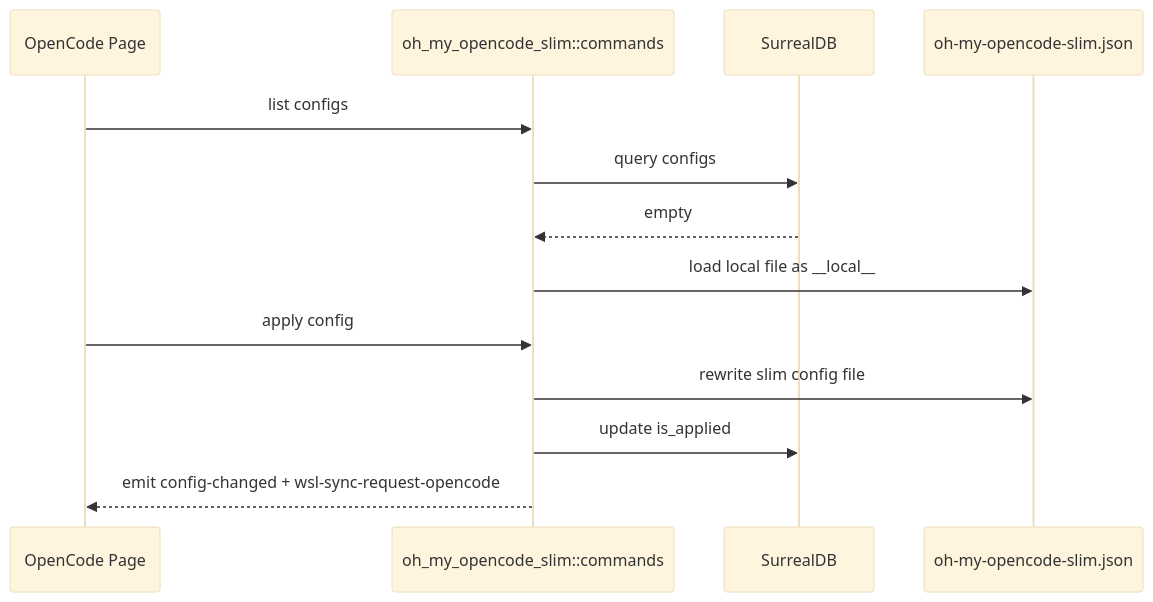
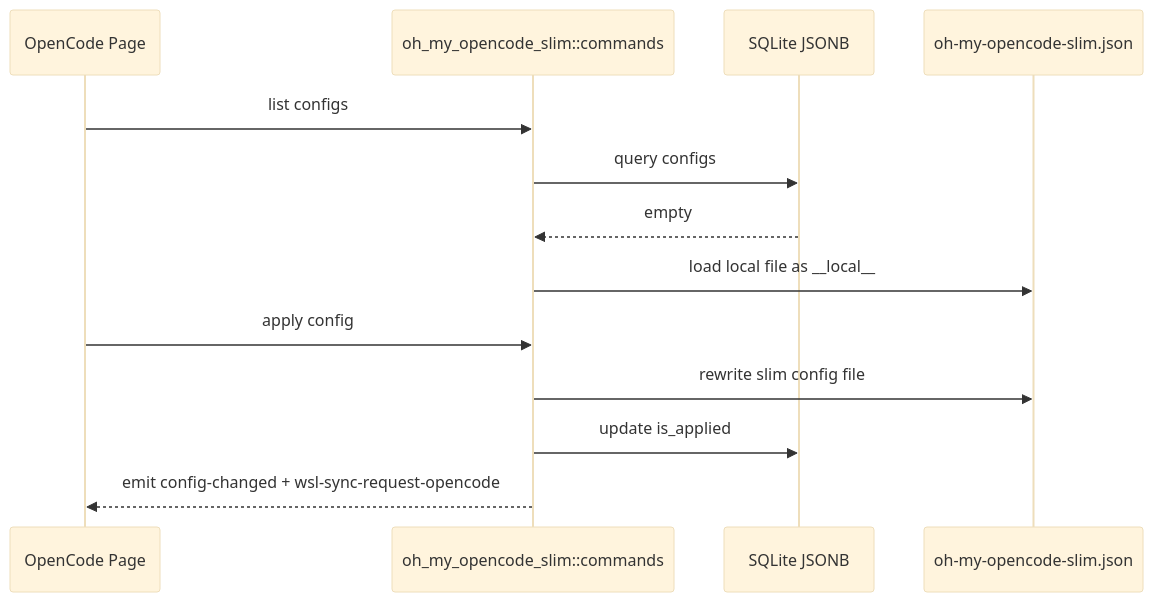
One commit to xue-ding-e/AI-Toolbox-Next changed the diagram in tauri/src/coding/oh_my_opencode_slim/AGENTS.md. Above: the diagram before and after it, drawn with Mermaid (base theme). The commit also changed other lines of this file and 85 other files, not shown here.

````diff
--- a/tauri/src/coding/oh_my_opencode_slim/AGENTS.md
+++ b/tauri/src/coding/oh_my_opencode_slim/AGENTS.md
@@ -21,17 +21,17 @@
 ```mermaid
 sequenceDiagram
   participant UI as OpenCode Page
   participant Cmd as oh_my_opencode_slim::commands
-  participant DB as SurrealDB
+  participant DB as SQLite JSONB
   participant File as oh-my-opencode-slim.json
 
   UI->>Cmd: list configs
   Cmd->>DB: query configs
   DB-->>Cmd: empty
   Cmd->>File: load local file as __local__
 
   UI->>Cmd: apply config
   Cmd->>File: rewrite slim config file
   Cmd->>DB: update is_applied
   Cmd-->>UI: emit config-changed + wsl-sync-request-opencode
 ```
````
